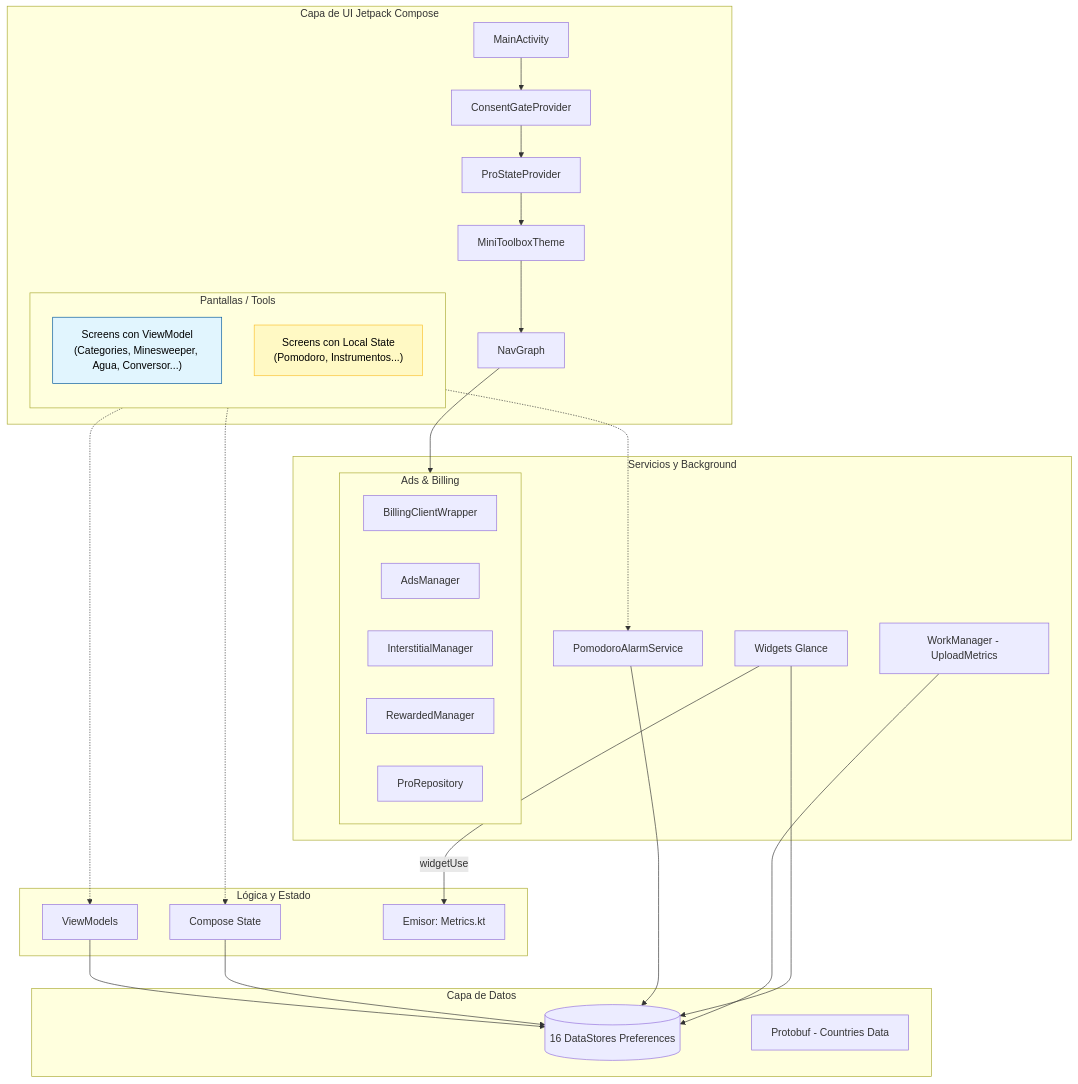
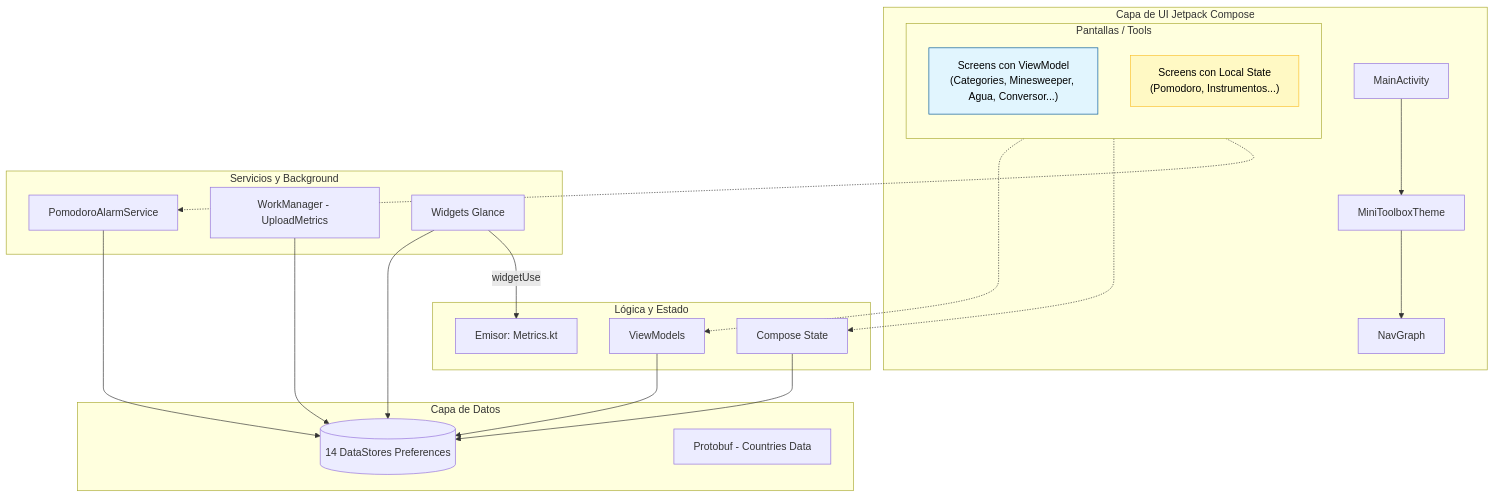
Before and after one commit to JoaquinSasso/MiniToolbox: the first of 4 diagrams in docs/architecture.md, drawn with Mermaid. The commit also changed other lines of this file and 62 other files, not shown here.

````diff
--- a/docs/architecture.md
+++ b/docs/architecture.md
@@ -18,52 +18,42 @@
 ```mermaid
 flowchart TD
     subgraph UI_Layer [Capa de UI Jetpack Compose]
-        MA[MainActivity] --> CG[ConsentGateProvider]
-        CG --> PSP[ProStateProvider]
-        PSP --> MT[MiniToolboxTheme]
+        MA[MainActivity] --> MT[MiniToolboxTheme]
         MT --> NG[NavGraph]
         
         subgraph Screens [Pantallas / Tools]
             direction TB
             VM_Screens["Screens con ViewModel<br/>(Categories, Minesweeper, Agua, Conversor...)"]
             State_Screens["Screens con Local State<br/>(Pomodoro, Instrumentos...)"]
             style VM_Screens fill:#e1f5fe,stroke:#01579b,color:#000
             style State_Screens fill:#fff9c4,stroke:#fbc02d,color:#000
         end
     end
 
     subgraph Logic_State [Lógica y Estado]
         VM[ViewModels]
         CS[Compose State]
         MET["Emisor: Metrics.kt"]
     end
 
     subgraph Services_Background [Servicios y Background]
-        subgraph Ads_Billing [Ads & Billing]
-            BM[BillingClientWrapper]
-            AM[AdsManager]
-            IM[InterstitialManager]
-            RM[RewardedManager]
-            PR[ProRepository]
-        end
         PAS[PomodoroAlarmService]
         WM[WorkManager - UploadMetrics]
         GW[Widgets Glance]
     end
 
     subgraph Data_Layer [Capa de Datos]
-        DS[(16 DataStores Preferences)]
+        DS[(14 DataStores Preferences)]
         PB[Protobuf - Countries Data]
     end
 
     VM_Screens -.-> VM
     State_Screens -.-> CS
     VM --> DS
     CS --> DS
     PAS --> DS
     WM --> DS
     GW --> DS
-    NG --> Ads_Billing
     State_Screens -.-> PAS
     GW -->|widgetUse| MET
 ```
````
